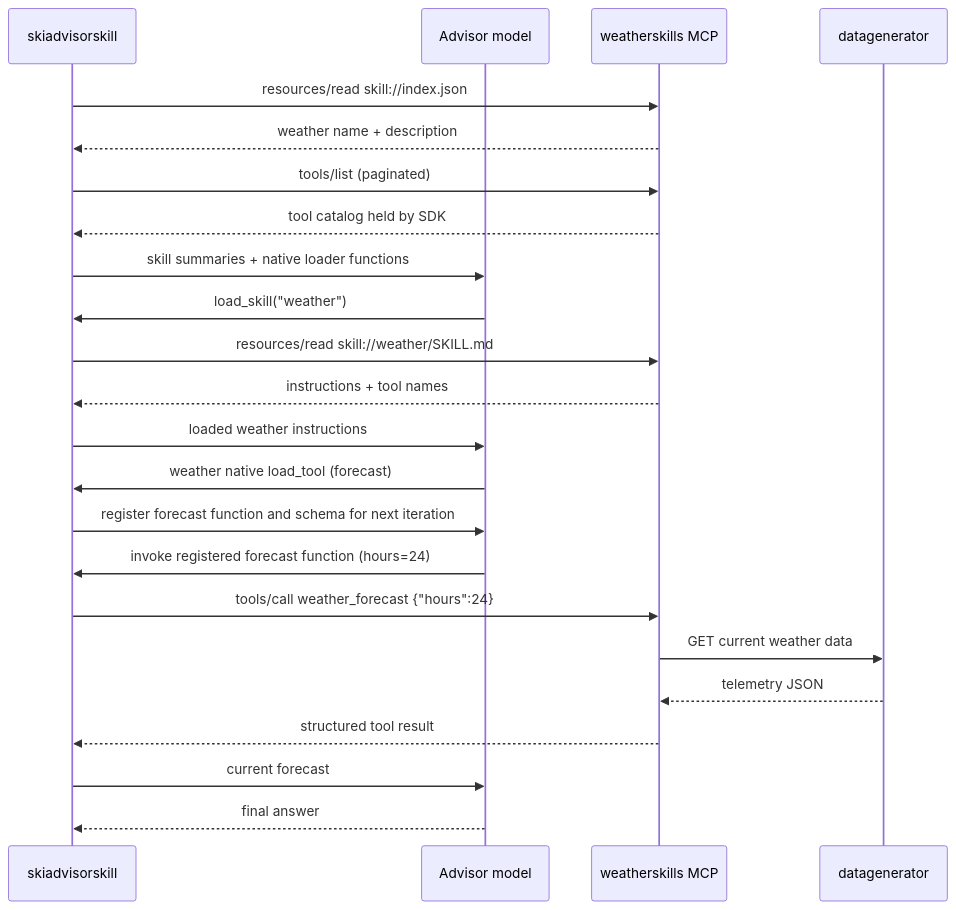
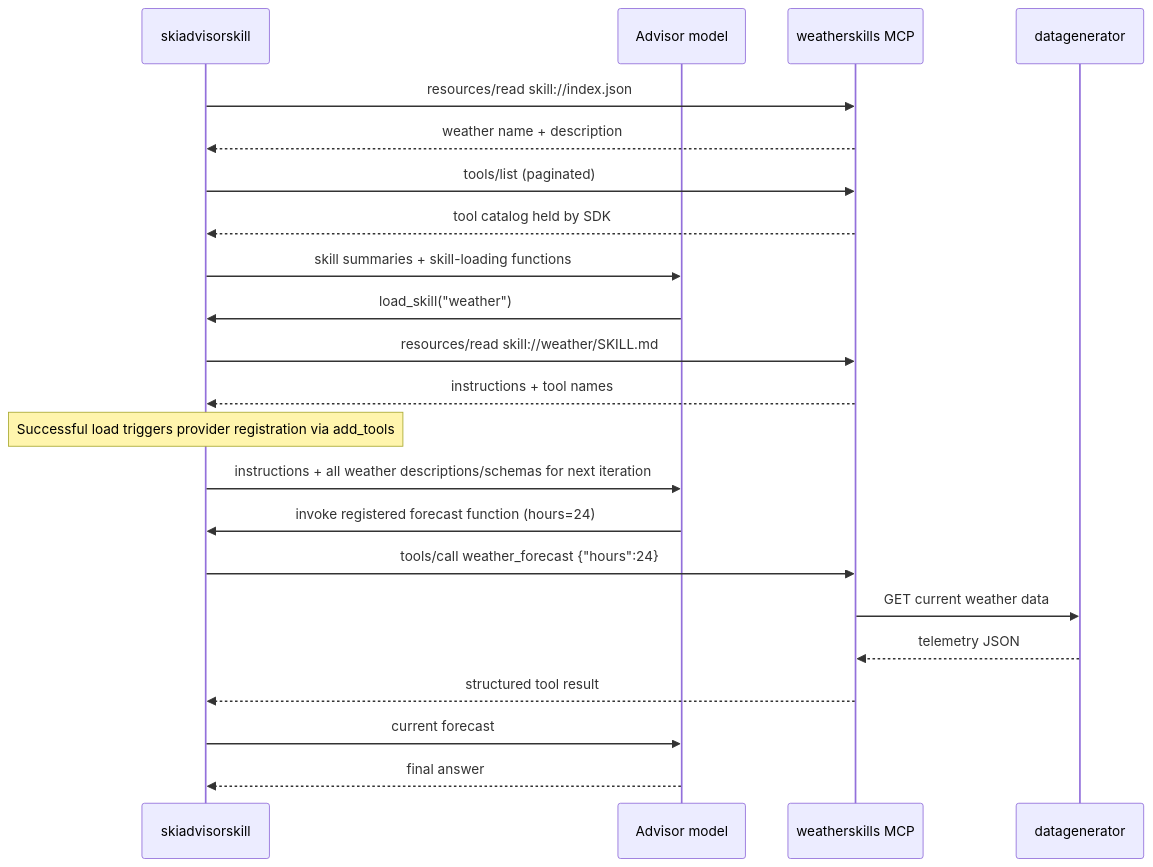
Before and after one commit to tommasodotNET/ski-resort-demo: the second of 2 diagrams in ARCHITECTURE.md, drawn with Mermaid. The commit also changed other lines of this file and 4 other files, not shown here.

First line of the commit message:
docs: describe skill-scoped loading with fresh paired measurements

````diff
--- a/ARCHITECTURE.md
+++ b/ARCHITECTURE.md
@@ -139,26 +140,25 @@
 ```mermaid
 sequenceDiagram
     participant O as skiadvisorskill
     participant L as Advisor model
     participant M as weatherskills MCP
     participant D as datagenerator
 
     O->>M: resources/read skill://index.json
     M-->>O: weather name + description
     O->>M: tools/list (paginated)
     M-->>O: tool catalog held by SDK
-    O->>L: skill summaries + native loader functions
+    O->>L: skill summaries + skill-loading functions
     L->>O: load_skill("weather")
     O->>M: resources/read skill://weather/SKILL.md
     M-->>O: instructions + tool names
-    O->>L: loaded weather instructions
-    L->>O: weather native load_tool (forecast)
-    O->>L: register forecast function and schema for next iteration
+    Note over O: Successful load triggers provider registration via add_tools
+    O->>L: instructions + all weather descriptions/schemas for next iteration
     L->>O: invoke registered forecast function (hours=24)
     O->>M: tools/call weather_forecast {"hours":24}
     M->>D: GET current weather data
     D-->>M: telemetry JSON
     M-->>O: structured tool result
     O->>L: current forecast
     L-->>O: final answer
 ```
````
